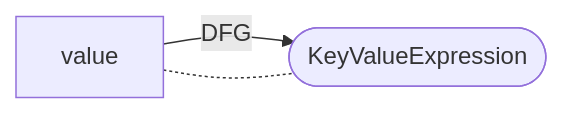
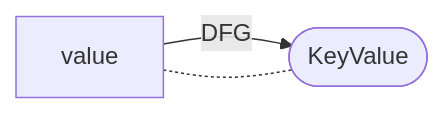
One commit to Fraunhofer-AISEC/cpg changed diagram 24 of 40 in docs/docs/CPG/specs/dfg.md. Above: the diagram before and after it, drawn with Mermaid. The commit also changed other lines of this file and 403 other files, not shown here.

````diff
--- a/docs/docs/CPG/specs/dfg.md
+++ b/docs/docs/CPG/specs/dfg.md
@@ -447,5 +447,5 @@
 ```mermaid
   flowchart LR
-    value -- DFG --> node([KeyValueExpression]);
+    value -- DFG --> node([KeyValue]);
     value -.- node;
 ```
````
